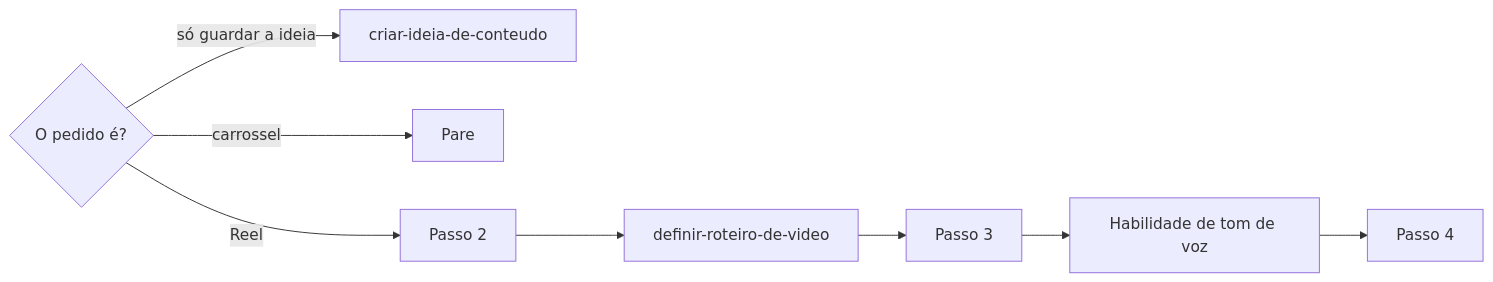
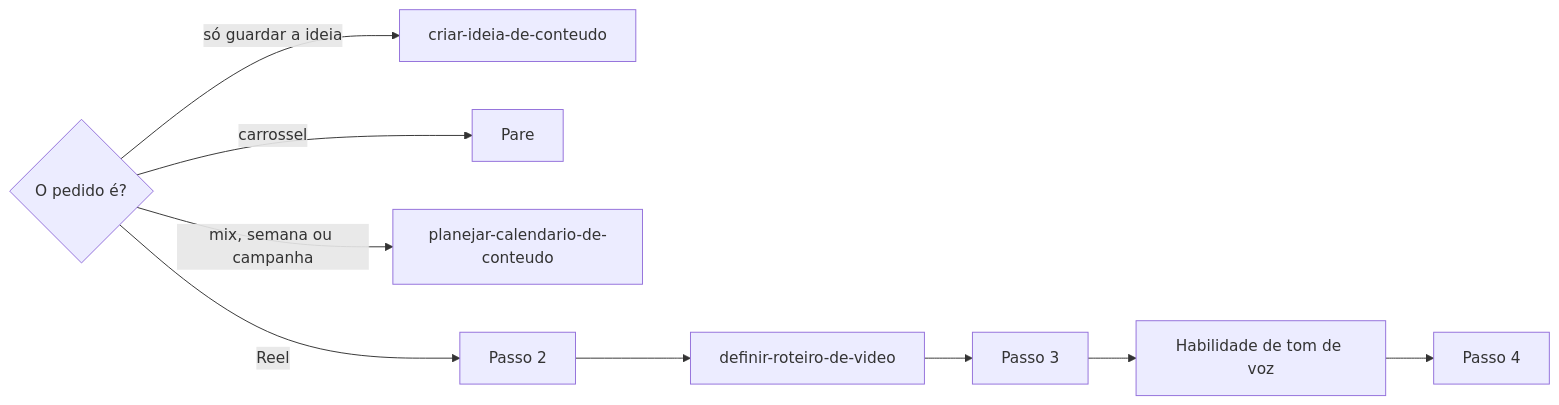
The diagram in .agents/skills/definir-reel-do-instagram/SKILL.md (jimmyandrade/harness), drawn with Mermaid before and after one commit. The commit also changed other lines of this file, not shown here.

````diff
--- a/.agents/skills/definir-reel-do-instagram/SKILL.md
+++ b/.agents/skills/definir-reel-do-instagram/SKILL.md
@@ -37,10 +38,11 @@
 ```mermaid
 flowchart LR
   Q{O pedido é?} -->|só guardar a ideia| I[criar-ideia-de-conteudo]
   Q -->|carrossel| X[Pare]
+  Q -->|mix, semana ou campanha| C[planejar-calendario-de-conteudo]
   Q -->|Reel| P2[Passo 2]
   P2 --> R[definir-roteiro-de-video]
   R --> P3[Passo 3]
   P3 --> T[Habilidade de tom de voz]
   T --> P4[Passo 4]
 ```
````
